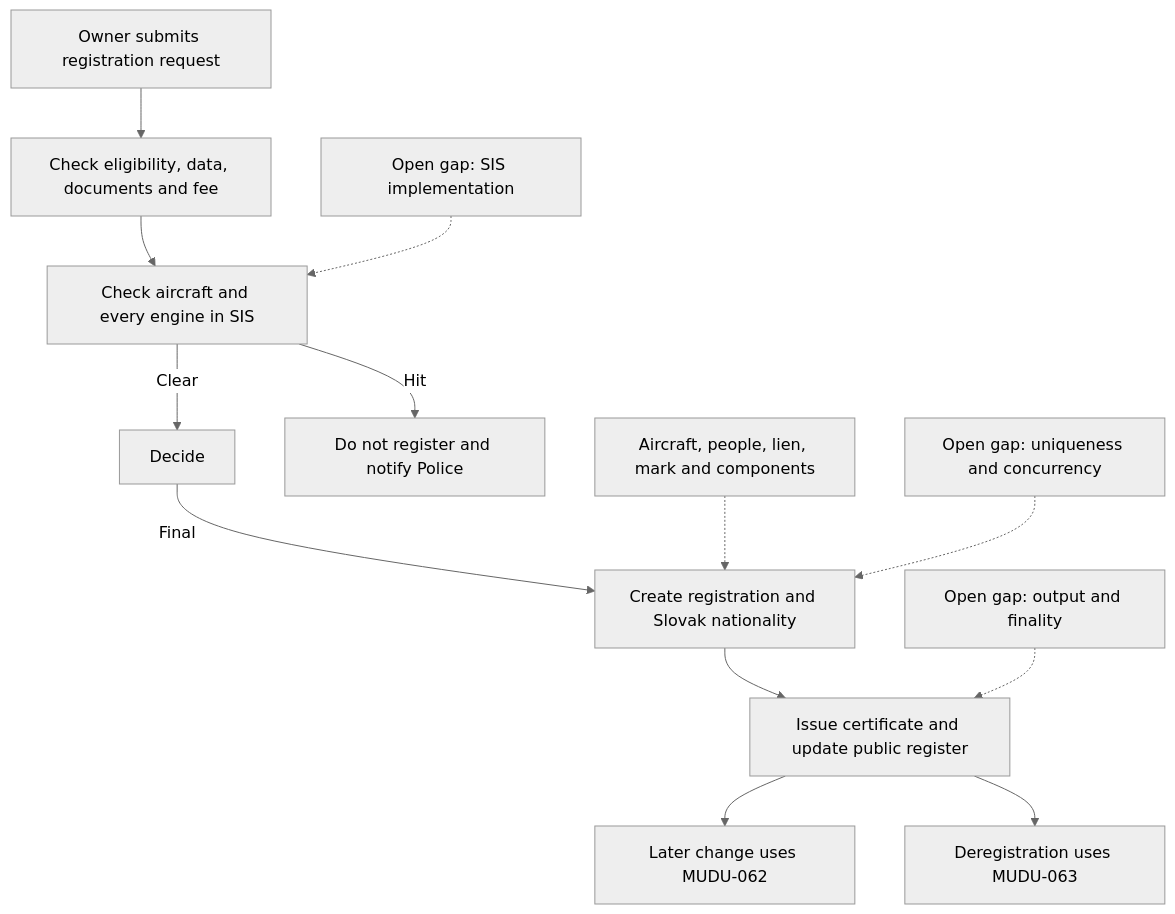
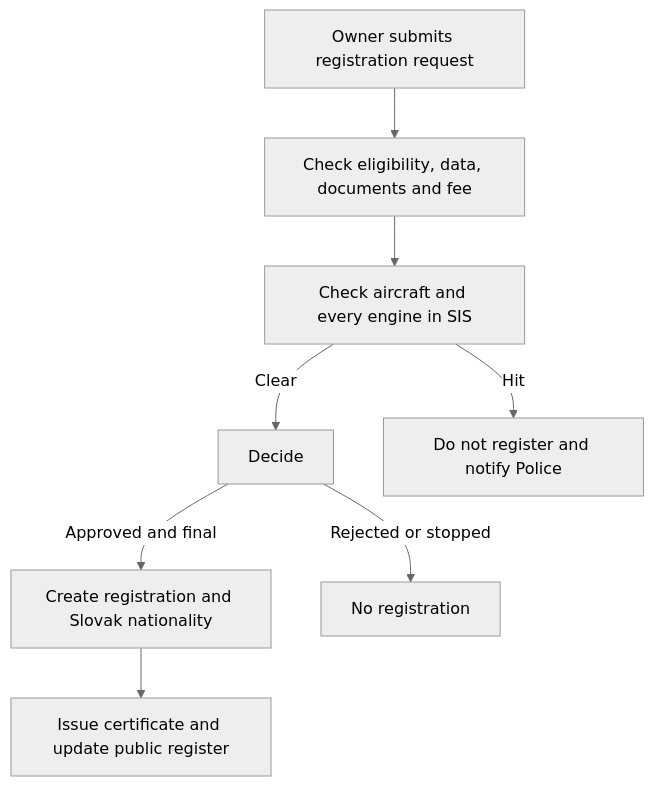
The diagram in examples/MUDU-061/graph.md (fixerivan/mudu-process-definition-standard), drawn with Mermaid (neutral theme) before and after one commit. The commit also changed other lines of this file and 5 other files, not shown here.

Commit message:
separate process flow from gaps and impacts

````diff
--- a/examples/MUDU-061/graph.md
+++ b/examples/MUDU-061/graph.md
@@ -5,15 +5,10 @@
 ```mermaid
 graph TD
     A["Owner submits registration request"] --> B["Check eligibility, data, documents and fee"]
     B --> C["Check aircraft and every engine in SIS"]
     C -->|Clear| D["Decide"]
     C -->|Hit| X["Do not register and notify Police"]
-    D -->|Final| E["Create registration and Slovak nationality"]
+    D -->|Approved and final| E["Create registration and Slovak nationality"]
+    D -->|Rejected or stopped| Y["No registration"]
     E --> F["Issue certificate and update public register"]
-    F --> G["Later change uses MUDU-062"]
-    F --> H["Deregistration uses MUDU-063"]
-    M["Aircraft, people, lien, mark and components"] -.-> E
-    G1["Open gap: SIS implementation"] -.-> C
-    G2["Open gap: uniqueness and concurrency"] -.-> E
-    G3["Open gap: output and finality"] -.-> F
 ```
````
